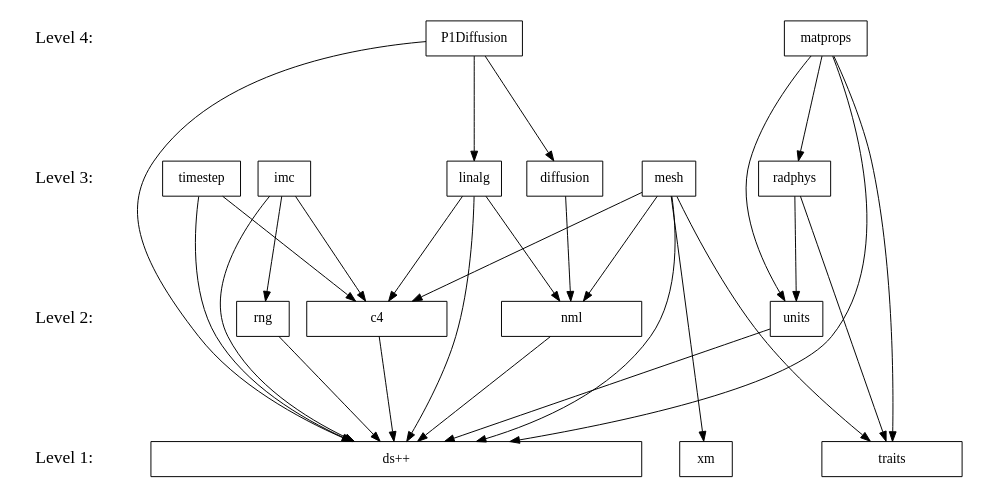
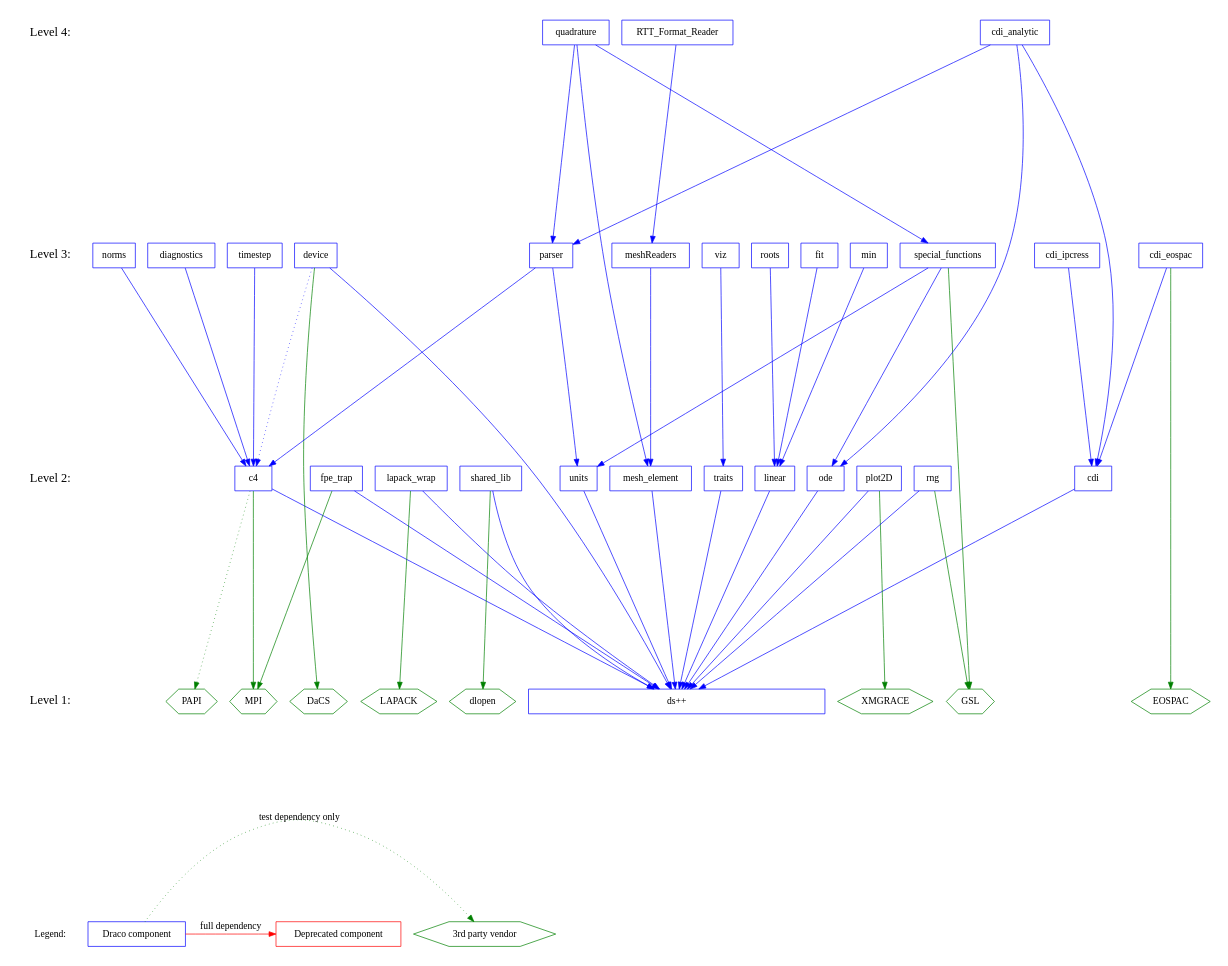
One commit to warsa/Draco changed the diagram in doc/build/fig/level.dot. Above: the diagram before and after it, drawn with Graphviz. The commit also changed 39 other files, not shown here.

```diff
--- a/doc/build/fig/level.dot
+++ b/doc/build/fig/level.dot
@@ -1,62 +1,136 @@
 digraph draco_level {
-  /* graph attributes */
+    /* graph attributes */
     center=1;
-    size="6,4";
-    ranksep=1.5;
+    size="7.5,10";
+    ranksep=4;
     
-  /* levels */
+    /* levels */
+    legend [shape=plaintext, label="Legend:", fontsize=14];
     level1 [shape=plaintext, label="Level 1:", fontsize=18];
     level2 [shape=plaintext, label="Level 2:", fontsize=18];
     level3 [shape=plaintext, label="Level 3:", fontsize=18];
     level4 [shape=plaintext, label="Level 4:", fontsize=18];
+/*     level5 [shape=plaintext, label="Level 5:", fontsize=18]; */
+/*    level6 [shape=plaintext, label="Level 6:", fontsize=18]; */
     
-    level4 -> level3 -> level2 -> level1 [style=invis];
+    /* level6 -> level5 -> */
+    level4 -> level3 -> level2 -> level1 -> legend [style=invis];
     
-  /* packages */
+    /* packages */
+
+    /* legend */
+    leg_vendor [shape=box, label="3rd party vendor", color=green, shape=hexagon];
+    leg_draco  [shape=box, label="Draco component",  color=blue,  shape=box ];
+    leg_depre  [shape=box, label="Deprecated component", color=red,  shape=box ];
+
+    /* level 1 */
+    vdlopen    [shape=hexagon, color=green, label="dlopen"];
+    veospac    [shape=hexagon, color=green, label="EOSPAC"];
+    vgrace     [shape=hexagon, color=green, label="XMGRACE"];
+    vlapack    [shape=hexagon, color=green, label="LAPACK"];
+    vmpi       [shape=hexagon, color=green, label="MPI"];
+    vdacs      [shape=hexagon, color=green, label="DaCS"];
+    vpapi      [shape=hexagon, color=green, label="PAPI"];
+        
+    dsxx [shape=box, color=blue, label="ds++", width=6];
     
-  /* level 1 */
-    dsxx [shape=box, label="ds++", width=7];
-    traits [shape=box, label="traits" width=2];
-    xm [shape=box, label="xm"];
+    /* level 2 */
+    vgsl       [shape=hexagon, color=green, label="GSL"];
+
+    c4         [shape=box, color=blue, label="c4"];
+    cdi        [shape=box, color=blue, label="cdi"];
+    fpetrap    [shape=box, color=blue, label="fpe_trap"];
+    lapack     [shape=box, color=blue, label="lapack_wrap"];
+    linear     [shape=box, color=blue, label="linear"];
+    meshelement [shape=box, color=blue, label="mesh_element"];
+    ode        [shape=box, color=blue, label="ode"];
+    plot       [shape=box, color=blue, label="plot2D"];
+    rng        [shape=box, color=blue, label="rng"];
+    shlib      [shape=box, color=blue, label="shared_lib"];
+    traits     [shape=box, color=blue, label="traits"];
+    units      [shape=box, color=blue, label="units"];
+        
+    /* level 3 */
+    device    [shape=box, color=blue, label="device"];
+    cdieos    [shape=box, color=blue, label="cdi_eospac"];
+    cdiip     [shape=box, color=blue, label="cdi_ipcress"];
+    diagnostics [shape=box, color=blue, label="diagnostics"];
+    fit       [shape=box, color=blue, label="fit"];
+    meshread  [shape=box, color=blue, label="meshReaders"];
+    min       [shape=box, color=blue, label="min"];
+    norms     [shape=box, color=blue, label="norms"];
+    parser    [shape=box, color=blue, label="parser"];
+    roots     [shape=box, color=blue, label="roots"];
+    sf        [shape=box, color=blue, label="special_functions"];
+    timestep  [shape=box, color=blue, label="timestep"];
+    viz       [shape=box, color=blue, label="viz"];
     
-  /* level 2 */
-    c4 [shape=box, label="c4", width=2];
-    rng [shape=box, label="rng"];
-    nml [shape=box, label="nml", width=2];
-    units [shape=box, label="units"];
+    /* level 4 */
+    cdianal   [shape=box, color=blue, label="cdi_analytic"];
+    quad      [shape=box, color=blue, label="quadrature"];
+    rttread   [shape=box, color=blue, label="RTT_Format_Reader"];
     
-  /* level 3 */
-    mesh [shape=box, label="mesh"];
-    diffusion [shape=box, label="diffusion"];
-    imc [shape=box, label="imc"];
-    linalg [shape=box, label="linalg"];
-    radphys [shape=box, label="radphys"];
-    timestep [shape=box, label="timestep"];
+    /* dependencies */
+    {rank=same; legend leg_vendor leg_draco leg_depre};
+    {rank=same; level1 dsxx vlapack vmpi veospac vgrace vdlopen vgsl vdacs vpapi};
+    {rank=same; level2 shlib plot lapack traits c4 fpetrap units cdi ode linear};
+    {rank=same; level3 viz timestep cdieos meshread parser sf};
+    {rank=same; level4 rttread quad};
+
+
+    leg_draco -> {leg_vendor} [color=green, style=dotted, label="test dependency only"];
+    leg_draco -> {leg_depre} [color=red, label="full dependency"];
     
-  /* level 4 */
-    p1diffusion [shape=box, label="P1Diffusion"];
-    matprops [shape=box, label="matprops"];
+    /* draco packages */
+
+    /* NOTE:  hidden dependencies are in comments at the end of each line.
+     * For example if a package depends on c4 it implicitly depends on dsxx
+     * as well.  The dependency on dsxx is not shown explicitly on the
+     * graph. 
     
-  /* dependencies */
-    {rank=same; level1 traits dsxx xm}
-    {rank=same; level2 c4 rng nml units}
-    {rank=same; level3 mesh diffusion imc linalg radphys timestep}
-    {rank=same; level4 p1diffusion matprops}
+    /* level 2 */
+    c4          -> {dsxx}        [color=blue];
+    c4          -> {vmpi}        [color=green];
+    c4          -> {vpapi}       [color=green, style=dotted];
+    cdi         -> {dsxx}        [color=blue];
+    fpetrap     -> {dsxx}        [color=blue];
+    fpetrap     -> {vmpi}        [color=green];
+    lapack      -> {dsxx}        [color=blue];
+    lapack      -> {vlapack}     [color=green];
+    linear      -> {dsxx}        [color=blue];
+    meshelement -> {dsxx}        [color=blue];
+    ode         -> {dsxx}        [color=blue];
+    plot        -> {dsxx}        [color=blue];
+    plot        -> {vgrace}      [color=green];
+    rng         -> {dsxx}        [color=blue];
+    rng         -> {vgsl}        [color=green];
+    shlib       -> {dsxx}        [color=blue];
+    shlib       -> {vdlopen}     [color=green];
+    traits      -> {dsxx}        [color=blue];
+    units       -> {dsxx}        [color=blue];
     
-  /* draco packages */
-  /* level 2 */
-    rng -> dsxx;
-    c4 -> dsxx;
-    nml -> dsxx;
-    units -> dsxx;
-  /* level 3 */
-    diffusion -> nml;
-    linalg -> {dsxx nml c4};
-    radphys -> {units traits};
-    mesh -> {dsxx c4 nml xm traits};
-    timestep -> {dsxx c4};
-    imc -> {dsxx c4 rng};
-  /* level 4 */
-    p1diffusion -> {linalg diffusion dsxx};
-    matprops -> {units radphys traits dsxx};
+    /* level 3 */
+    device      -> {dsxx}        [color=blue];
+    device      -> {c4}          [color=blue, style=dotted];
+    device      -> {vdacs}       [color=green];
+    cdieos      -> {cdi}         [color=blue];
+    cdieos      -> {veospac}     [color=green]; 
+    cdiip       -> {cdi}         [color=blue];
+    diagnostics -> {c4}          [color=blue];
+    fit         -> {linear}      [color=blue];
+    meshread    -> {meshelement} [color=blue];
+    min         -> {linear}      [color=blue];
+    norms       -> {c4}          [color=blue];
+    parser      -> {c4 units}    [color=blue];
+    roots       -> {linear}      [color=blue];
+    sf          -> {units ode}   [color=blue];
+    sf          -> {vgsl}        [color=green];
+    timestep    -> {c4}          [color=blue];
+    viz         -> {traits}      [color=blue];
+
+    /* level 4 */
+    cdianal     -> {parser cdi ode}        [color=blue];
+    quad        -> {sf meshelement parser} [color=blue];
+    rttread     -> {meshread}              [color=blue];
+
 }
```
